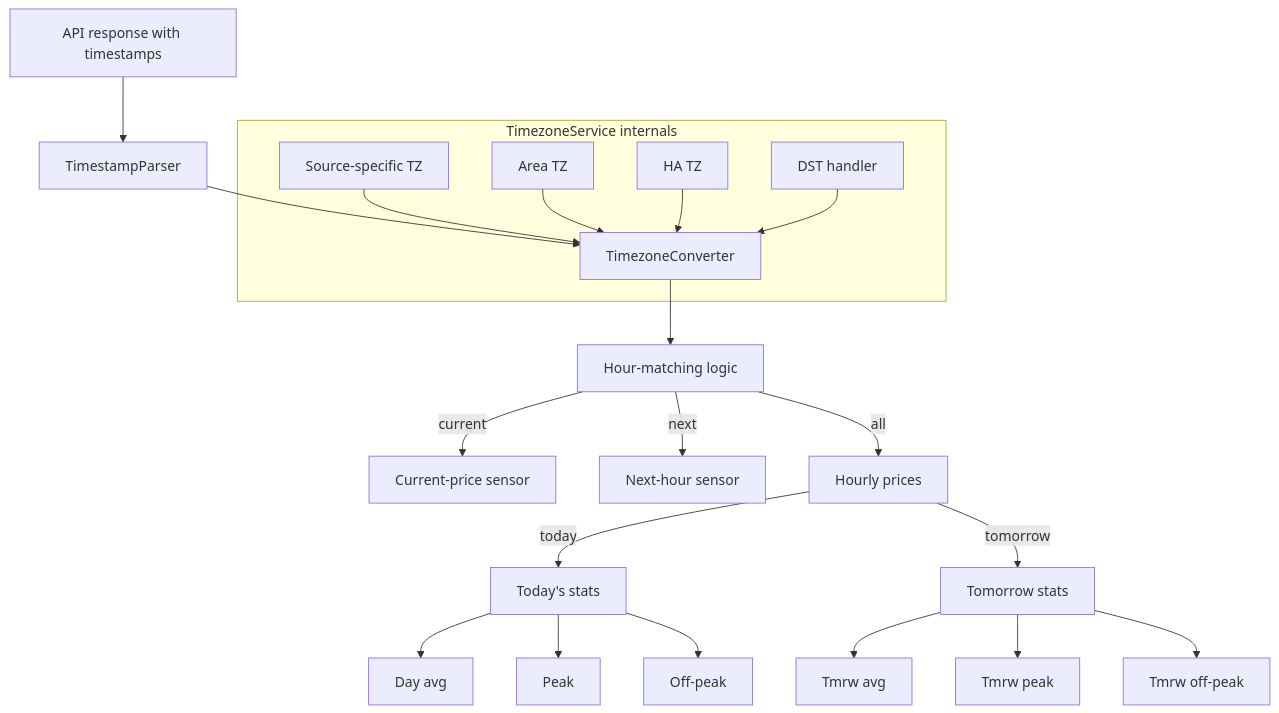
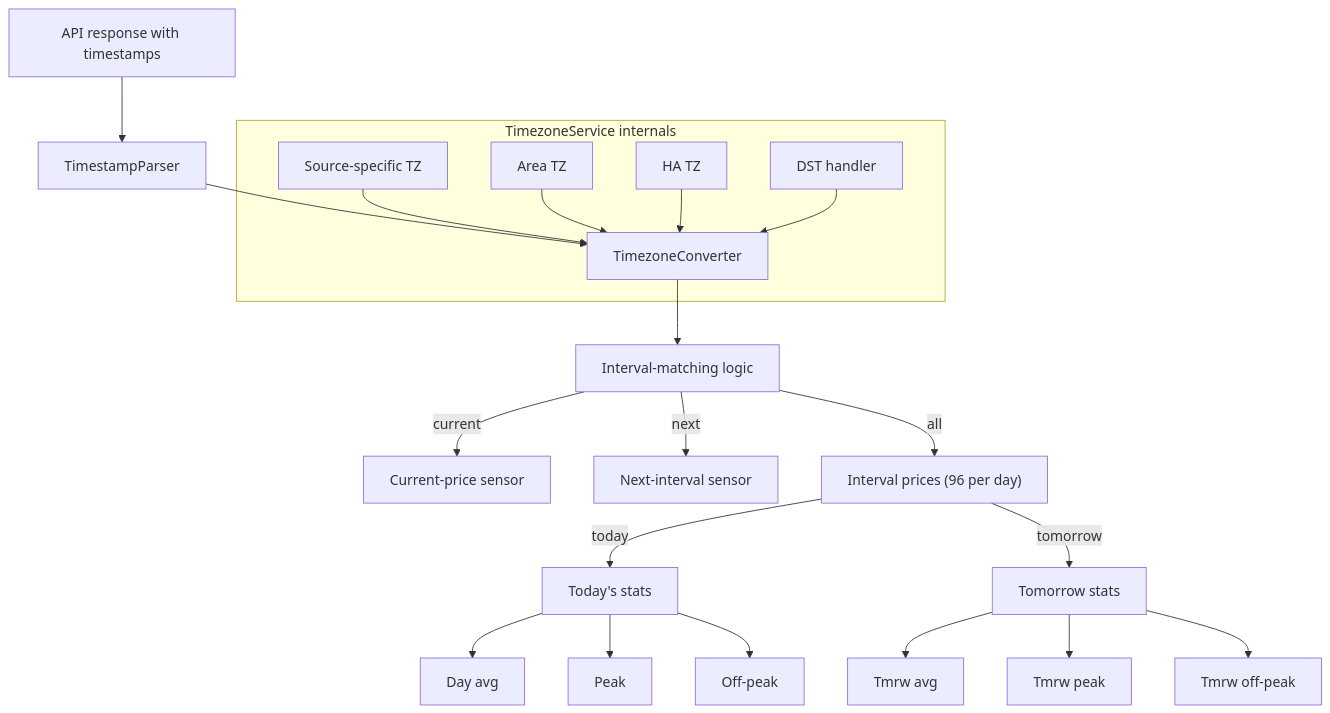
One commit to enoch85/ge-spot changed the second of 5 diagrams in README.md. Above: the diagram before and after it, drawn with Mermaid. The commit also changed other lines of this file and 103 other files, not shown here.

````diff
--- a/README.md
+++ b/README.md
@@ -208,23 +209,23 @@
 ```mermaid
 flowchart TD
     API["API response with timestamps"] --> Parser["TimestampParser"]
     Parser --> Converter["TimezoneConverter"]
 
     subgraph TZ["TimezoneService internals"]
         SourceTZ["Source-specific TZ"]
         AreaTZ["Area TZ"]
         HA_TZ["HA TZ"]
         DST["DST handler"]
         SourceTZ & AreaTZ & HA_TZ & DST --> Converter
     end
 
-    Converter --> HourMatch["Hour-matching logic"]
-    HourMatch -->|current| Cur["Current-price sensor"]
-    HourMatch -->|next| Next["Next-hour sensor"]
-    HourMatch -->|all| All["Hourly prices"]
+    Converter --> IntervalMatch["Interval-matching logic"]
+    IntervalMatch -->|current| Cur["Current-price sensor"]
+    IntervalMatch -->|next| Next["Next-interval sensor"]
+    IntervalMatch -->|all| All["Interval prices (96 per day)"]
 
     All -->|today| TStats["Today's stats"]
     All -->|tomorrow| MStats["Tomorrow stats"]
     TStats --> Avg["Day avg"] & Peak["Peak"] & Off["Off-peak"]
     MStats --> MAvg["Tmrw avg"] & MPeak["Tmrw peak"] & MOff["Tmrw off-peak"]
 ```
````
